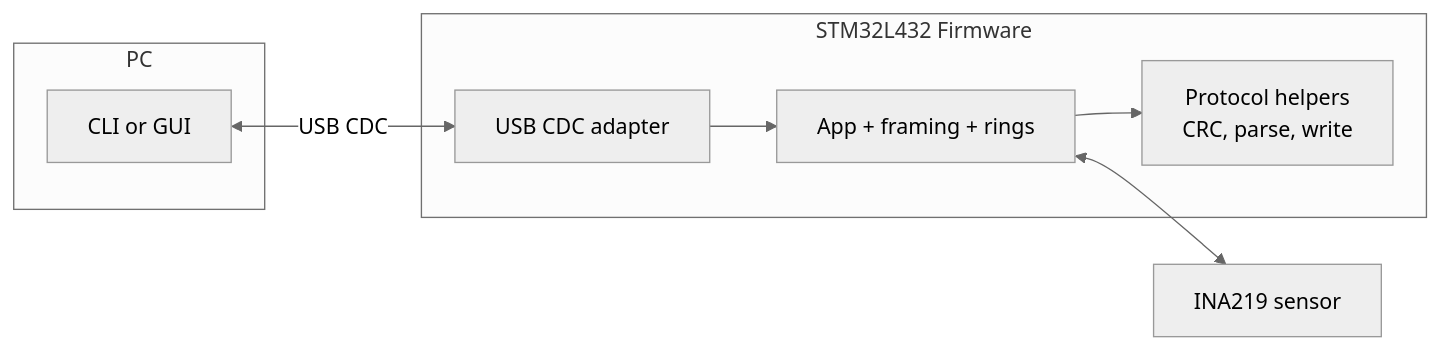
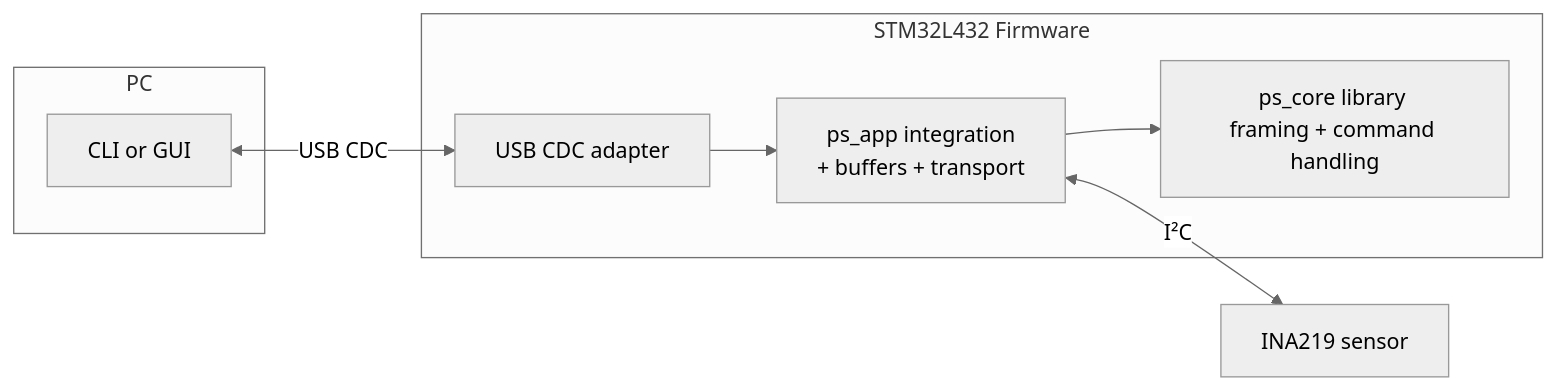
The diagram in README.md (brahimab8/stm32-power-scope), drawn with Mermaid (neutral theme) before and after one commit. The commit also changed other lines of this file and 1 other file, not shown here.

Commit message:
docs: update Readme and architecture docs

````diff
--- a/README.md
+++ b/README.md
@@ -32,19 +36,20 @@
 ```mermaid
 flowchart LR
   subgraph HOST[PC]
     CLI[CLI or GUI]
   end
 
   subgraph DEV[STM32L432 Firmware]
+    CORE[ps_core library <br>framing + command handling]
+    APP[ps_app integration <br>+ buffers + transport]
     CDC[USB CDC adapter]
-    APP[App + framing + rings]
-    PROTO[Protocol helpers <br>CRC, parse, write]
   end
 
   INA[INA219 sensor]
 
   CLI <-->|USB CDC| CDC
   CDC --> APP
-  APP --> PROTO
-  APP <--> INA
+  APP --> CORE
+  APP <-->|I²C| INA
+
 ```
````
